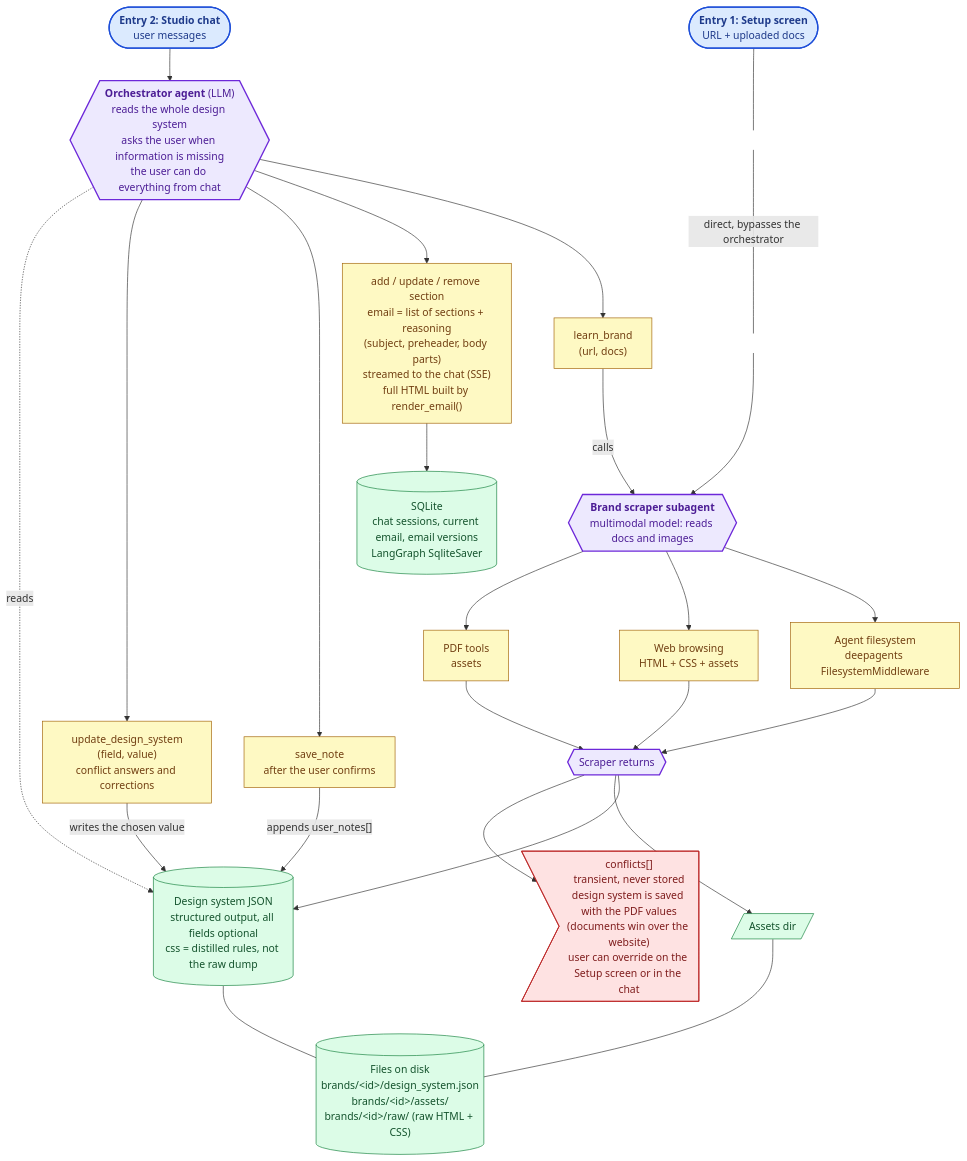
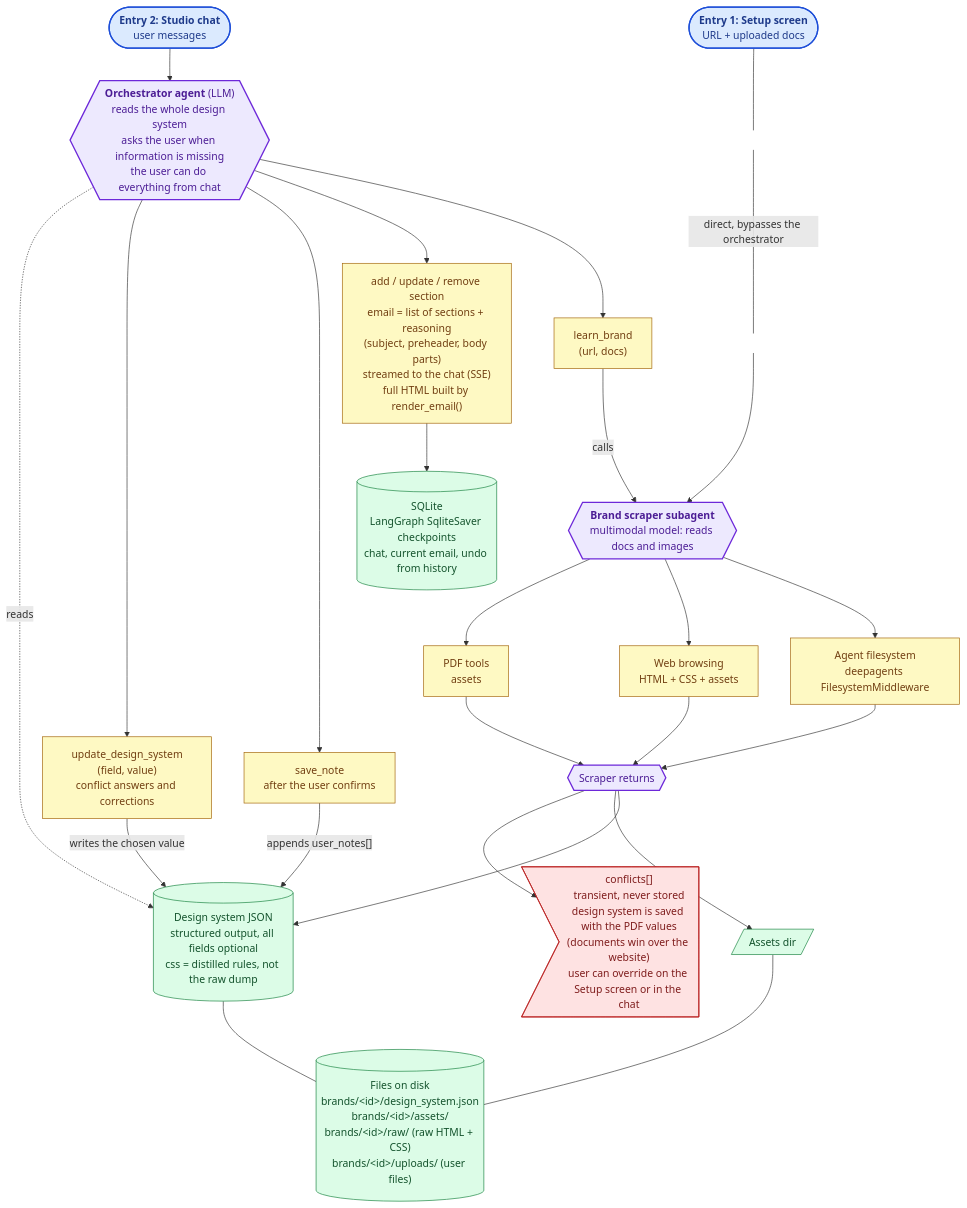
The diagram in README.md (fed3c3sa/textyess-email-agent), drawn with Mermaid before and after one commit. The commit also changed other lines of this file, not shown here.

Commit message:
update README to clarify storage details, design choices, and email handling processes

````diff
--- a/README.md
+++ b/README.md
@@ -8,69 +8,69 @@
 ```mermaid
 flowchart TB
     SETUPUI(["<b>Entry 1: Setup screen</b><br/>URL + uploaded docs"])
     CHAT(["<b>Entry 2: Studio chat</b><br/>user messages"])
 
     SCRAPER{{"<b>Brand scraper subagent</b><br/>multimodal model: reads docs and images"}}
     ORCH{{"<b>Orchestrator agent</b> (LLM)<br/>reads the whole design system<br/>asks the user when information is missing<br/>the user can do everything from chat"}}
 
     FSMW["Agent filesystem<br/>deepagents FilesystemMiddleware"]
     WEB["Web browsing<br/>HTML + CSS + assets"]
     PDF["PDF tools<br/>assets"]
 
     LEARN["learn_brand<br/>(url, docs)"]
     SECT["add / update / remove section<br/>email = list of sections + reasoning<br/>(subject, preheader, body parts)<br/>streamed to the chat (SSE)<br/>full HTML built by render_email()"]
     NOTE["save_note<br/>after the user confirms"]
     UPDATE["update_design_system<br/>(field, value)<br/>conflict answers and corrections"]
 
     RET{{"Scraper returns"}}
     DS[("Design system JSON<br/>structured output, all fields optional<br/>css = distilled rules, not the raw dump")]
     ASSETS[/"Assets dir"/]
     CONF>"conflicts[]<br/>transient, never stored<br/>design system is saved with the PDF values<br/>(documents win over the website)<br/>user can override on the Setup screen or in the chat"]
 
-    STORE[("SQLite<br/>chat sessions, current email, email versions<br/>LangGraph SqliteSaver")]
-    FILES[("Files on disk<br/>brands/&lt;id&gt;/design_system.json<br/>brands/&lt;id&gt;/assets/<br/>brands/&lt;id&gt;/raw/ (raw HTML + CSS)")]
+    STORE[("SQLite<br/>LangGraph SqliteSaver checkpoints<br/>chat, current email, undo from history")]
+    FILES[("Files on disk<br/>brands/&lt;id&gt;/design_system.json<br/>brands/&lt;id&gt;/assets/<br/>brands/&lt;id&gt;/raw/ (raw HTML + CSS)<br/>brands/&lt;id&gt;/uploads/ (user files)")]
 
     SP1[" "]
     SP2[" "]
     SETUPUI --- SP1
     SP1 -- "direct, bypasses the orchestrator" --- SP2
     SP2 --> SCRAPER
     CHAT --> ORCH
 
     ORCH --> LEARN
     ORCH --> SECT
     ORCH --> NOTE
     ORCH --> UPDATE
     LEARN -- "calls" --> SCRAPER
 
     SCRAPER --> FSMW
     SCRAPER --> WEB
     SCRAPER --> PDF
     FSMW --> RET
     WEB --> RET
     PDF --> RET
 
     RET --> DS
     RET --> ASSETS
     RET --> CONF
 
     NOTE -- "appends user_notes[]" --> DS
     UPDATE -- "writes the chosen value" --> DS
     ORCH -. "reads" .-> DS
     SECT --> STORE
     DS --- FILES
     ASSETS --- FILES
 
     classDef hidden fill:none,stroke:none,color:none
     classDef entry fill:#dbeafe,stroke:#1d4ed8,stroke-width:2px,color:#1e3a8a
     classDef agent fill:#ede9fe,stroke:#6d28d9,stroke-width:2px,color:#4c1d95
     classDef tool fill:#fef9c3,stroke:#a16207,color:#713f12
     classDef data fill:#dcfce7,stroke:#15803d,color:#14532d
     classDef warn fill:#fee2e2,stroke:#b91c1c,color:#7f1d1d
     class SETUPUI,CHAT entry
     class ORCH,SCRAPER,RET agent
     class LEARN,SECT,NOTE,UPDATE,FSMW,WEB,PDF tool
     class DS,ASSETS,STORE,FILES data
     class CONF warn
     class SP1,SP2 hidden
 ```
````
